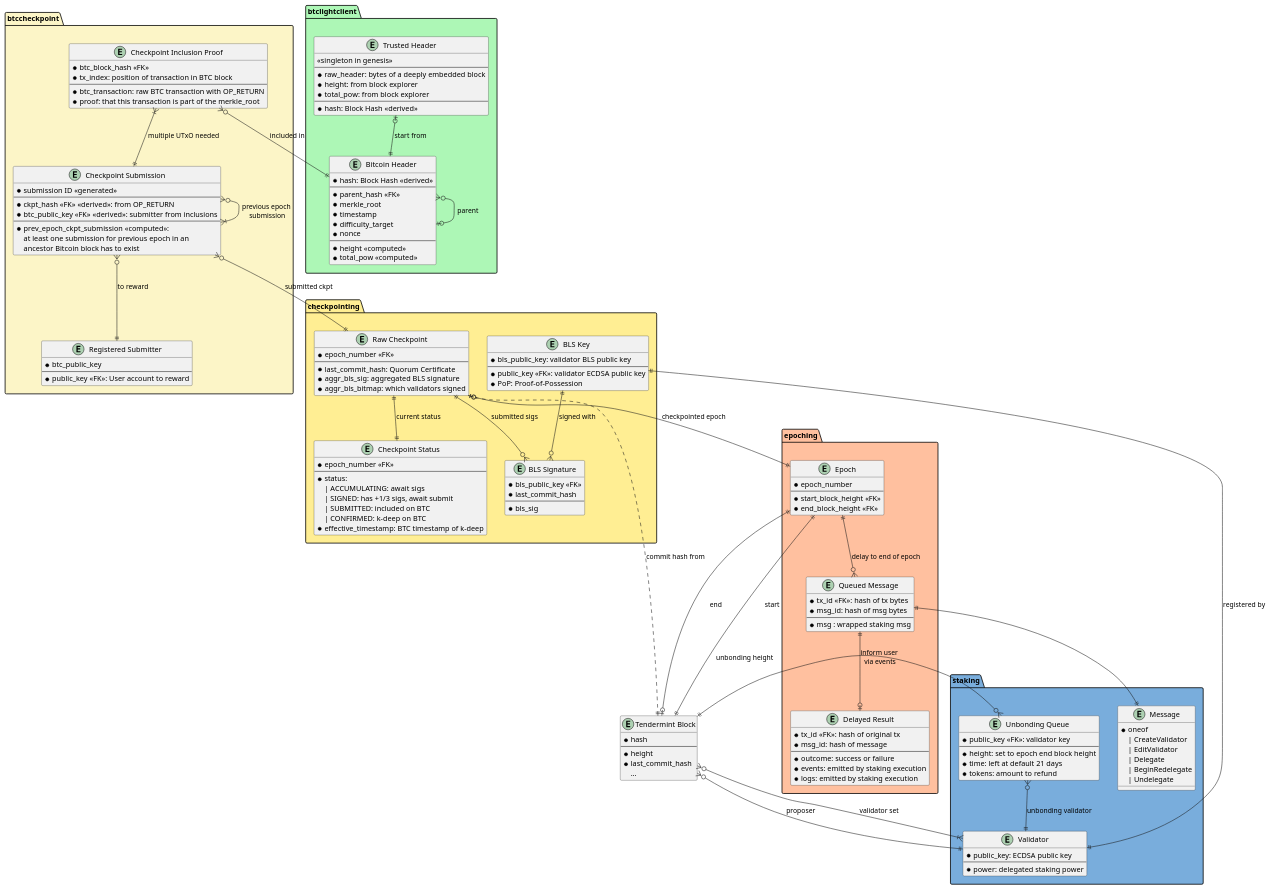
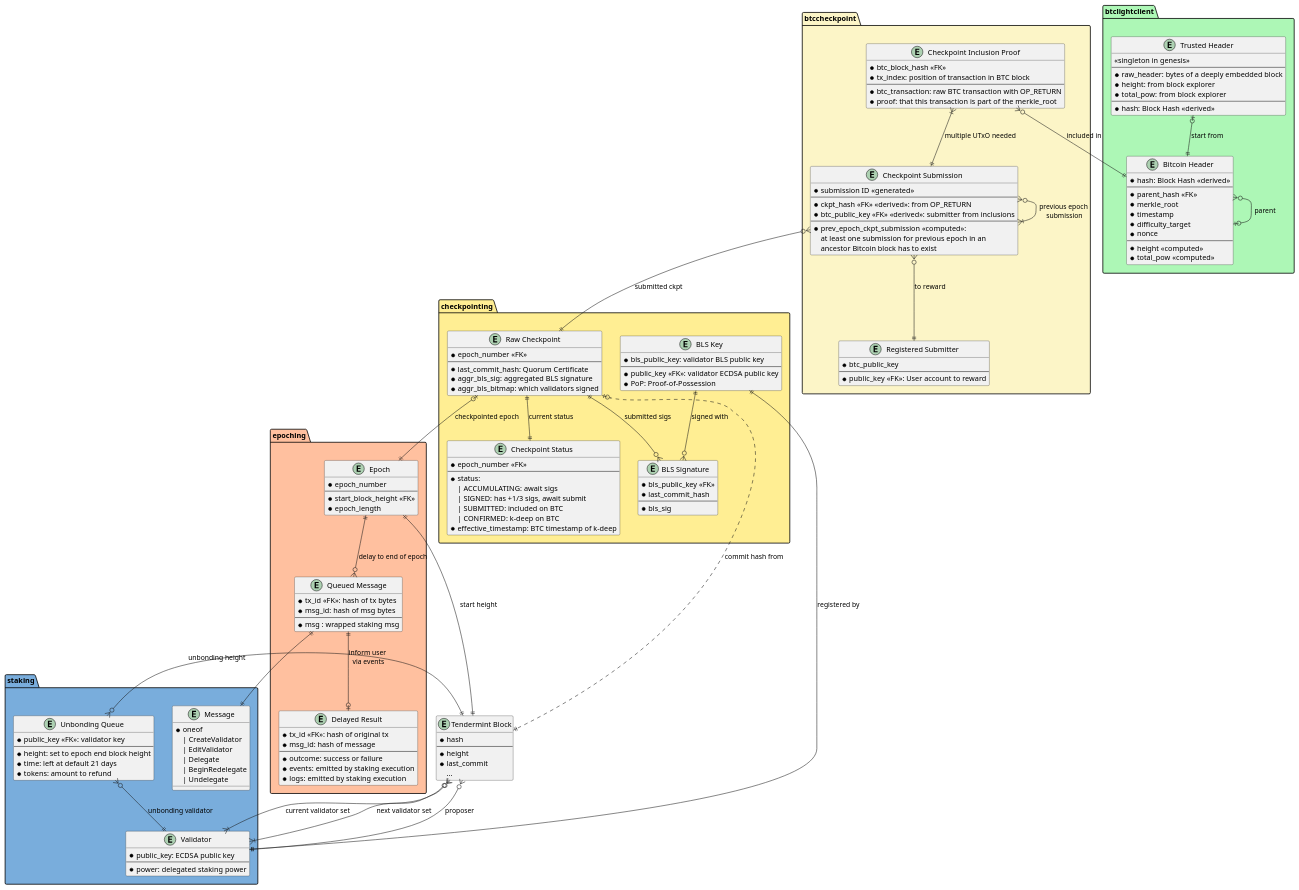
The diagram in docs/diagrams/database_schema.puml (babylonchain/babylon), drawn with PlantUML before and after one commit. The commit also changed 1 other file, not shown here.

Commit message:
BM-60: Next validators

```diff
--- a/docs/diagrams/database_schema.puml
+++ b/docs/diagrams/database_schema.puml
@@ -2,178 +2,178 @@
 @startuml Database Schema
 
 entity "Tendermint Block" as block {
   * hash
   --
   * height
-  * last_commit_hash
+  * last_commit
   ...
 }
 
 package "staking" #79ADDC {
   entity "Message" as staking_msg {
     * oneof
     | CreateValidator
     | EditValidator
     | Delegate
     | BeginRedelegate
     | Undelegate
   }
 
   entity "Validator" as validator {
     * public_key: ECDSA public key
     --
     * power: delegated staking power
   }
 
   entity "Unbonding Queue" as unbonding_queue {
     * public_key <<FK>>: validator key
     --
     * height: set to epoch end block height
     * time: left at default 21 days
     * tokens: amount to refund
   }
 }
 
 package "epoching" #FFC09F {
   entity "Epoch" as epoch {
     * epoch_number
     --
     * start_block_height <<FK>>
-    * end_block_height <<FK>>
+    * epoch_length
   }
   entity "Queued Message" as queued_msg {
     * tx_id <<FK>>: hash of tx bytes
     * msg_id: hash of msg bytes
     --
     * msg : wrapped staking msg
   }
   entity "Delayed Result" as delayed_result {
     * tx_id <<FK>>: hash of original tx
     * msg_id: hash of message
     --
     * outcome: success or failure
     * events: emitted by staking execution
     * logs: emitted by staking execution
   }
 }
 
 
 package "checkpointing" #FFEE93 {
   entity "Raw Checkpoint" as raw_ckpt {
     * epoch_number <<FK>>
     --
     * last_commit_hash: Quorum Certificate
     * aggr_bls_sig: aggregated BLS signature
     * aggr_bls_bitmap: which validators signed
   }
 
   entity "Checkpoint Status" as ckpt_status {
     * epoch_number <<FK>>
     --
     * status:
       | ACCUMULATING: await sigs
       | SIGNED: has +1/3 sigs, await submit
       | SUBMITTED: included on BTC
       | CONFIRMED: k-deep on BTC
     * effective_timestamp: BTC timestamp of k-deep
   }
 
   entity "BLS Key" as bls_key {
     * bls_public_key: validator BLS public key
     --
     * public_key <<FK>>: validator ECDSA public key
     * PoP: Proof-of-Possession
   }
 
   entity "BLS Signature" as bls_sig {
     * bls_public_key <<FK>>
     * last_commit_hash
     --
     * bls_sig
   }
 }
 
 package "btccheckpoint" #FCF5C7 {
   entity "Registered Submitter" as ckpt_submitter {
     * btc_public_key
     --
     * public_key <<FK>>: User account to reward
   }
 
   entity "Checkpoint Submission" as ckpt_submission {
     * submission ID <<generated>>
     --
     * ckpt_hash <<FK>> <<derived>>: from OP_RETURN
     * btc_public_key <<FK>> <<derived>>: submitter from inclusions
     --
     * prev_epoch_ckpt_submission <<computed>>:
       at least one submission for previous epoch in an
       ancestor Bitcoin block has to exist
   }
 
   entity "Checkpoint Inclusion Proof" as ckpt_inclusion {
     * btc_block_hash <<FK>>
     * tx_index: position of transaction in BTC block
     --
     * btc_transaction: raw BTC transaction with OP_RETURN
     * proof: that this transaction is part of the merkle_root
   }
 }
 
 package "btclightclient" #ADF7B6 {
   entity "Bitcoin Header" as btc_header {
     * hash: Block Hash <<derived>>
     --
     * parent_hash <<FK>>
     * merkle_root
     * timestamp
     * difficulty_target
     * nonce
     --
     * height <<computed>>
     * total_pow <<computed>>
   }
 
   entity "Trusted Header" as btc_trusted {
     <<singleton in genesis>>
     --
     * raw_header: bytes of a deeply embedded block
     * height: from block explorer
     * total_pow: from block explorer
     --
     * hash: Block Hash <<derived>>
   }
 }
 
-block }o--|{ validator : validator set
+block }o--|{ validator : current validator set
+block }o--|{ validator : next validator set
 block }o--|| validator : proposer
 
 epoch ||--o{ queued_msg : delay to end of epoch
-epoch ||--|| block : start
-epoch ||--o| block : end
+epoch ||--|| block : start height
 
 queued_msg ||--|| staking_msg
 queued_msg ||--o| delayed_result : inform user \nvia events
 
 unbonding_queue }o--|| block : unbonding height
 unbonding_queue }o--|| validator : unbonding validator
 
 raw_ckpt |o--|| epoch : checkpointed epoch
 raw_ckpt |o..|| block : commit hash from
 raw_ckpt ||--|| ckpt_status : current status
 raw_ckpt ||--o{ bls_sig : submitted sigs
 
 bls_key ||--o{ bls_sig : signed with
 bls_key ||--|| validator : registered by
 
 ckpt_submission }o--|| raw_ckpt : submitted ckpt
 ckpt_submission }o--|| ckpt_submitter : to reward
 ckpt_submission }o--|{ ckpt_submission : previous epoch\n submission
 
 ckpt_inclusion }|--|| ckpt_submission : multiple UTxO needed
 ckpt_inclusion }o--|| btc_header : included in
 
 btc_header }o--o| btc_header : parent
 btc_trusted |o--|| btc_header : start from
 
 @enduml
```
